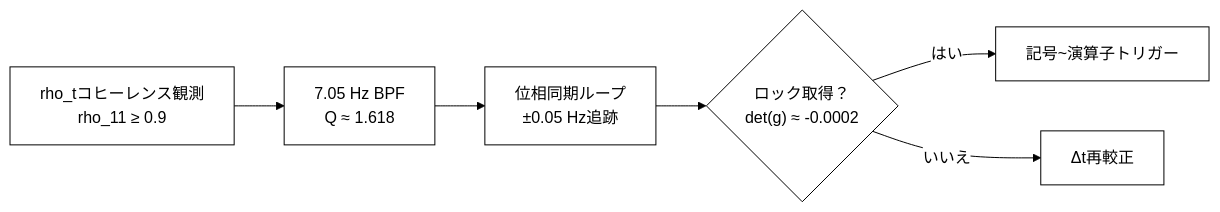
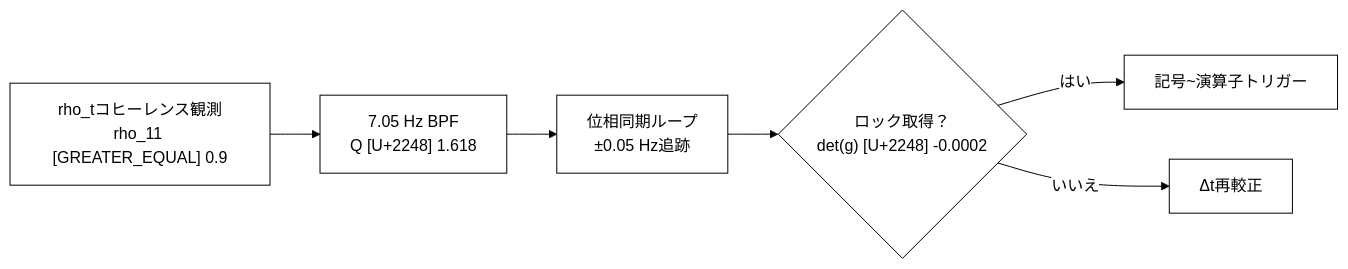
Diagram 18 of 20 in WSP_knowledge/docs/Papers/Patent_Series/04_rESP_Patent_Japanese.md (Foundup/Foundups-Agent), drawn with Mermaid before and after one commit. The commit also changed other lines of this file and 2140 other files, not shown here.

````diff
--- a/WSP_knowledge/docs/Papers/Patent_Series/04_rESP_Patent_Japanese.md
+++ b/WSP_knowledge/docs/Papers/Patent_Series/04_rESP_Patent_Japanese.md
@@ -469,9 +469,9 @@
 ```mermaid
 %%{init: {'theme': 'base', 'themeVariables': {'primaryColor': '#ffffff', 'primaryTextColor': '#000000', 'primaryBorderColor': '#000000', 'lineColor': '#000000', 'secondaryColor': '#ffffff', 'tertiaryColor': '#ffffff'}}}%%
 graph LR
-    A["rho_tコヒーレンス観測<br>rho_11 ≥ 0.9"] --> B["7.05 Hz BPF<br>Q ≈ 1.618"]
+    A["rho_tコヒーレンス観測<br>rho_11 [GREATER_EQUAL] 0.9"] --> B["7.05 Hz BPF<br>Q [U+2248] 1.618"]
     B --> C["位相同期ループ<br>±0.05 Hz追跡"]
-    C --> D{"ロック取得？<br>det(g) ≈ -0.0002"}
+    C --> D{"ロック取得？<br>det(g) [U+2248] -0.0002"}
     D -->|はい| E["記号~演算子トリガー"]
     D -->|いいえ| F["Δt再較正"]
 ```
````
